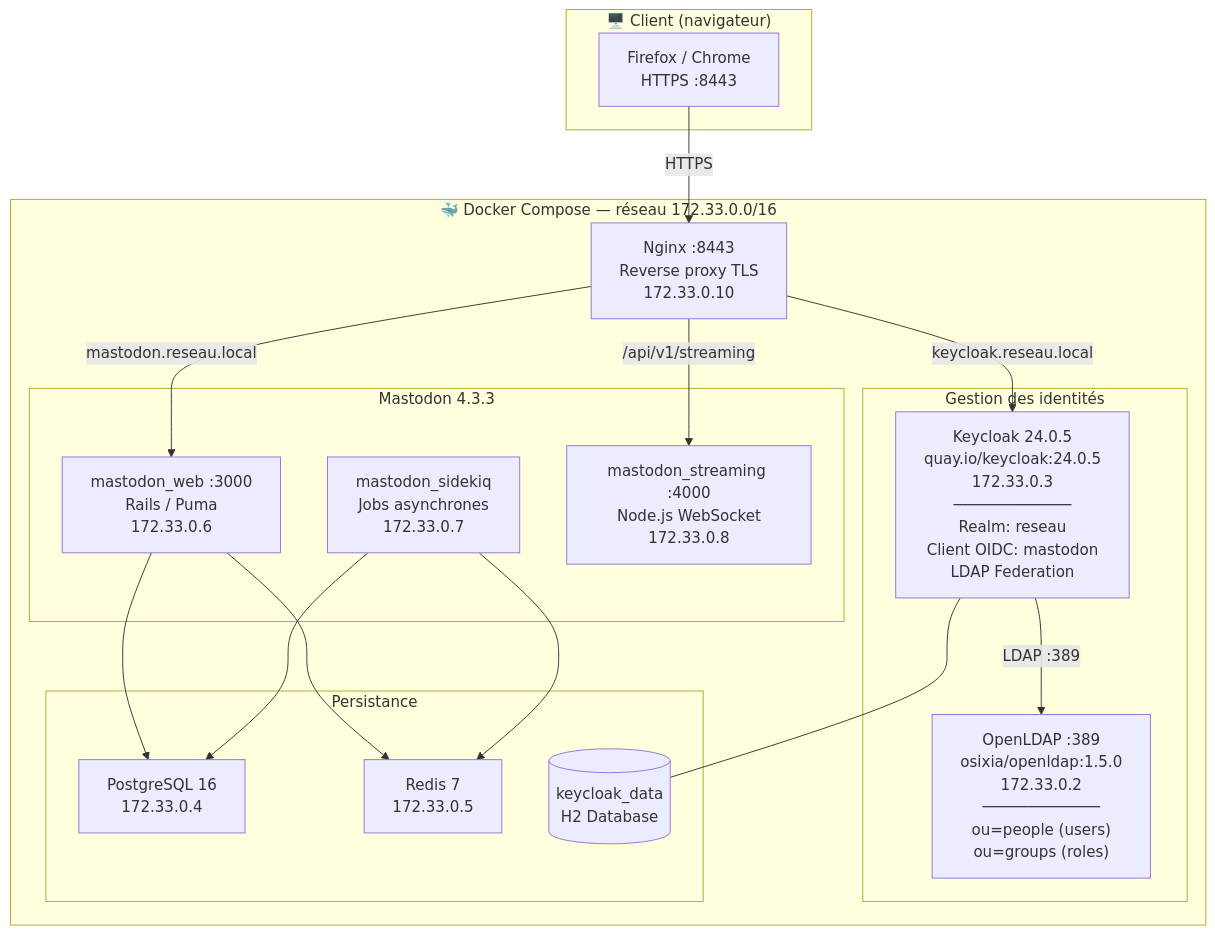
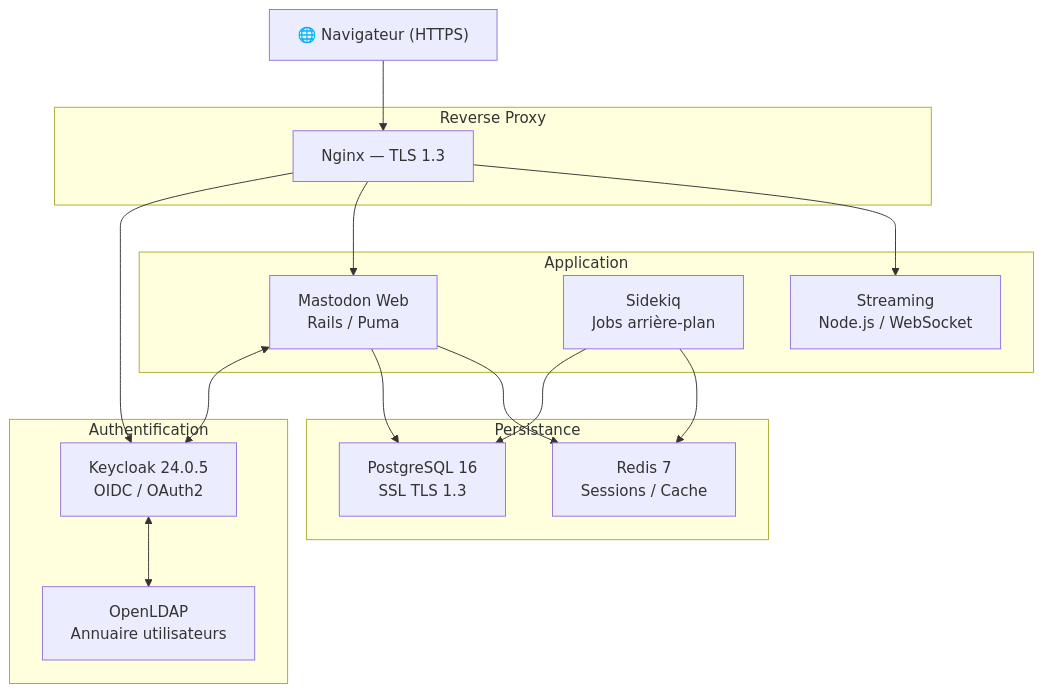
One commit to lucmon-masi/projet-reseau changed the diagram in diagrams/01-stack.md. Above: the diagram before and after it, drawn with Mermaid. The commit also changed 21 other files, not shown here.

````diff
--- a/diagrams/01-stack.md
+++ b/diagrams/01-stack.md
@@ -1,38 +1,36 @@
 ```mermaid
 graph TB
-    subgraph Client["🖥️ Client (navigateur)"]
-        Browser["Firefox / Chrome<br/>HTTPS :8443"]
+    Browser["🌐 Navigateur (HTTPS)"]
+
+    Browser --> Nginx
+
+    subgraph Proxy["Reverse Proxy"]
+        Nginx["Nginx — TLS 1.3"]
     end
 
-    subgraph Docker["🐳 Docker Compose — réseau 172.33.0.0/16"]
-        Nginx["Nginx :8443<br/>Reverse proxy TLS<br/>172.33.0.10"]
-
-        subgraph IAM["Gestion des identités"]
-            LDAP["OpenLDAP :389<br/>osixia/openldap:1.5.0<br/>172.33.0.2<br/>─────────────<br/>ou=people (users)<br/>ou=groups (roles)"]
-            KC["Keycloak 24.0.5<br/>quay.io/keycloak:24.0.5<br/>172.33.0.3<br/>─────────────<br/>Realm: reseau<br/>Client OIDC: mastodon<br/>LDAP Federation"]
-        end
-
-        subgraph Mastodon["Mastodon 4.3.3"]
-            Web["mastodon_web :3000<br/>Rails / Puma<br/>172.33.0.6"]
-            Sidekiq["mastodon_sidekiq<br/>Jobs asynchrones<br/>172.33.0.7"]
-            Streaming["mastodon_streaming :4000<br/>Node.js WebSocket<br/>172.33.0.8"]
-        end
-
-        subgraph Data["Persistance"]
-            PG["PostgreSQL 16<br/>172.33.0.4"]
-            Redis["Redis 7<br/>172.33.0.5"]
-            KCVol[("keycloak_data<br/>H2 Database")]
-        end
+    subgraph Auth["Authentification"]
+        KC["Keycloak 24.0.5<br/>OIDC / OAuth2"]
+        LDAP["OpenLDAP<br/>Annuaire utilisateurs"]
+        KC <--> LDAP
     end
 
-    Browser -->|"HTTPS"| Nginx
-    Nginx -->|"mastodon.reseau.local"| Web
-    Nginx -->|"keycloak.reseau.local"| KC
-    Nginx -->|"/api/v1/streaming"| Streaming
-    KC -->|"LDAP :389"| LDAP
+    subgraph App["Application"]
+        Web["Mastodon Web<br/>Rails / Puma"]
+        Sidekiq["Sidekiq<br/>Jobs arrière-plan"]
+        Streaming["Streaming<br/>Node.js / WebSocket"]
+    end
+
+    subgraph Data["Persistance"]
+        PG["PostgreSQL 16<br/>SSL TLS 1.3"]
+        Redis["Redis 7<br/>Sessions / Cache"]
+    end
+
+    Nginx --> KC
+    Nginx --> Web
+    Nginx --> Streaming
+    Web <--> KC
     Web --> PG
     Web --> Redis
     Sidekiq --> PG
     Sidekiq --> Redis
-    KC --- KCVol
 ```
````
